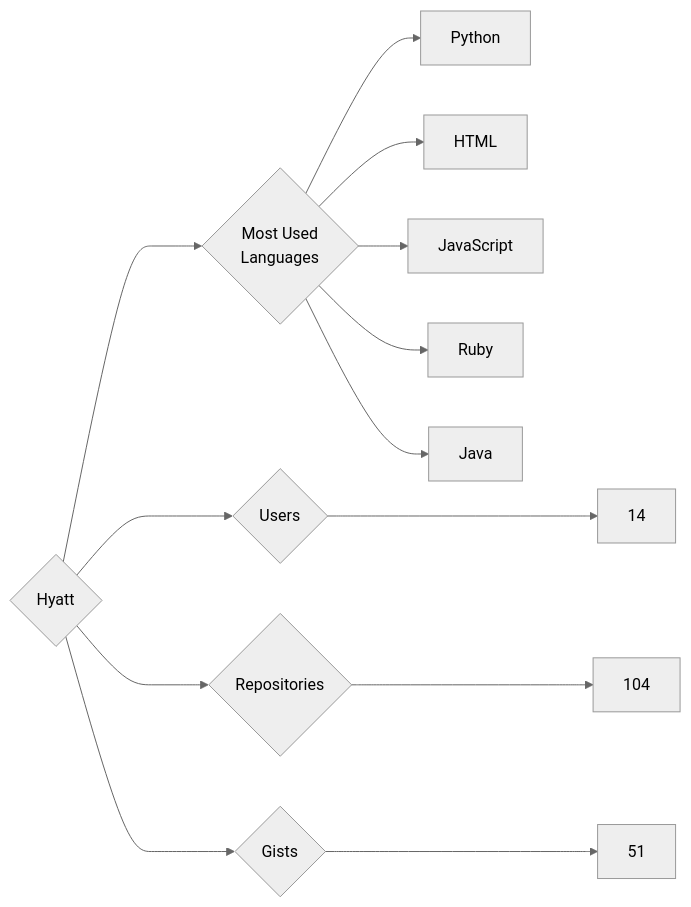
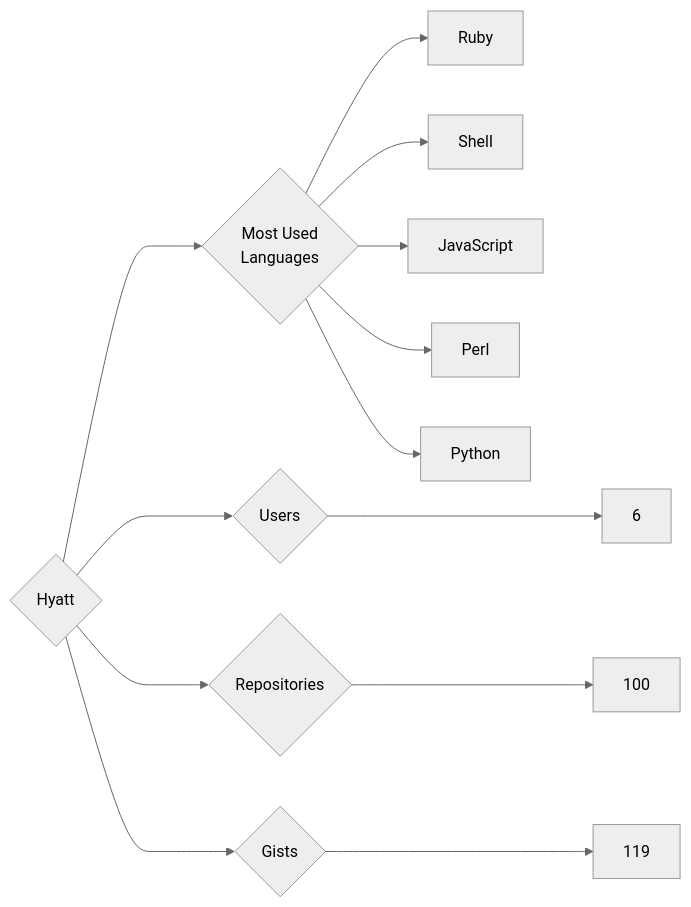
The diagram in targets/Hyatt/README.md (trickest/insiders), drawn with Mermaid (neutral theme) before and after one commit. The commit also changed 723 other files, not shown here.

````diff
--- a/targets/Hyatt/README.md
+++ b/targets/Hyatt/README.md
@@ -3,13 +3,13 @@
 ```mermaid
 graph LR
 COMPANY_NAME{Hyatt}
-COMPANY_NAME ---> U{Users} ---> UN[14]
-COMPANY_NAME ---> R{Repositories} ---> RN[104]
-COMPANY_NAME ---> G{Gists} ---> GN[51]
+COMPANY_NAME ---> U{Users} ---> UN[6]
+COMPANY_NAME ---> R{Repositories} ---> RN[100]
+COMPANY_NAME ---> G{Gists} ---> GN[119]
 COMPANY_NAME ---> ML{Most Used<br>Languages}
+ML --> Ruby[Ruby]
+ML --> Shell[Shell]
+ML --> JavaScript[JavaScript]
+ML --> Perl[Perl]
 ML --> Python[Python]
-ML --> HTML[HTML]
-ML --> JavaScript[JavaScript]
-ML --> Ruby[Ruby]
-ML --> Java[Java]
 ```
````
